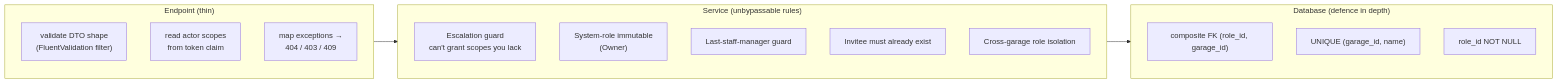
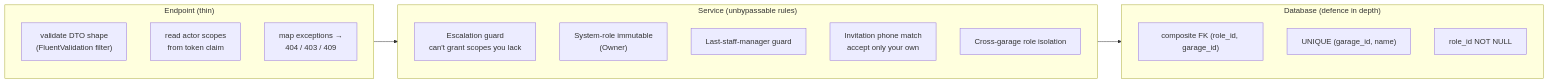
The fourth of 6 diagrams in docs/rbac-overview.md (rookit-group/rookit.main.api), drawn with Mermaid before and after one commit. The commit also changed other lines of this file and 24 other files, not shown here.

First line of the commit message:
Add phone-number invitation flow

````diff
--- a/docs/rbac-overview.md
+++ b/docs/rbac-overview.md
@@ -95,24 +95,24 @@
 ```mermaid
 flowchart LR
     subgraph EP["Endpoint (thin)"]
         E1["validate DTO shape<br/>(FluentValidation filter)"]
         E2["read actor scopes<br/>from token claim"]
         E3["map exceptions →<br/>404 / 403 / 409"]
     end
 
     subgraph SVC["Service (unbypassable rules)"]
         G1["Escalation guard<br/>can't grant scopes you lack"]
         G2["System-role immutable<br/>(Owner)"]
         G3["Last-staff-manager guard"]
-        G4["Invitee must already exist"]
+        G4["Invitation phone match<br/>accept only your own"]
         G5["Cross-garage role isolation"]
     end
 
     subgraph DBG["Database (defence in depth)"]
         D1["composite FK (role_id, garage_id)"]
         D2["UNIQUE (garage_id, name)"]
         D3["role_id NOT NULL"]
     end
 
     EP --> SVC --> DBG
 ```
````
